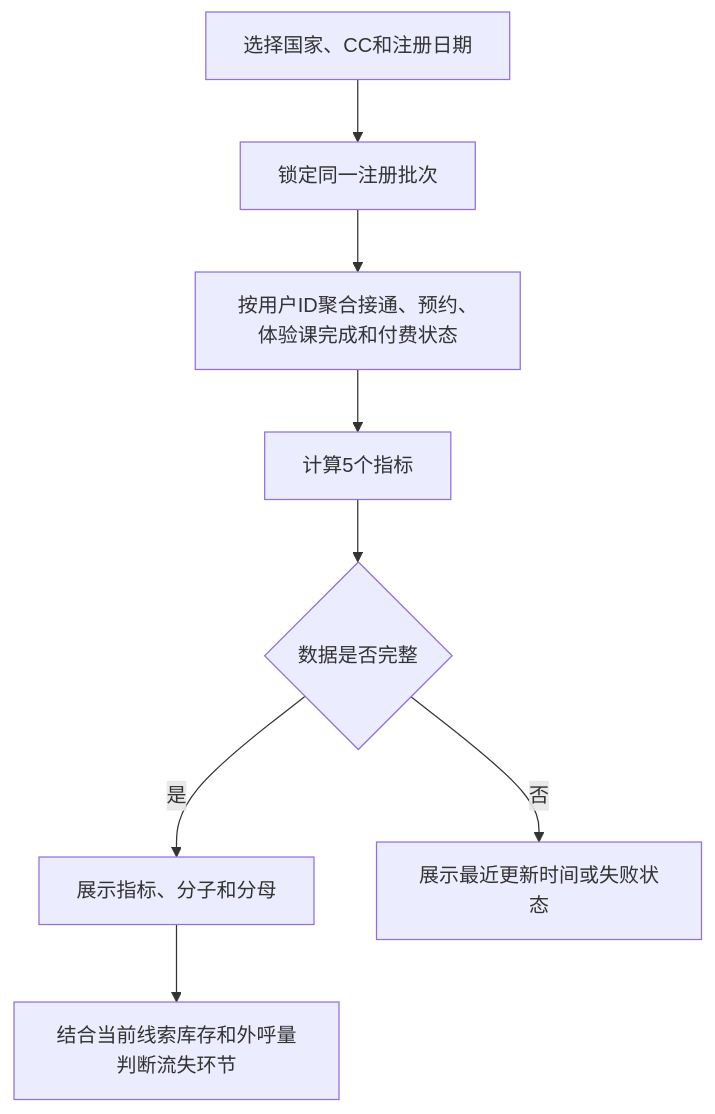
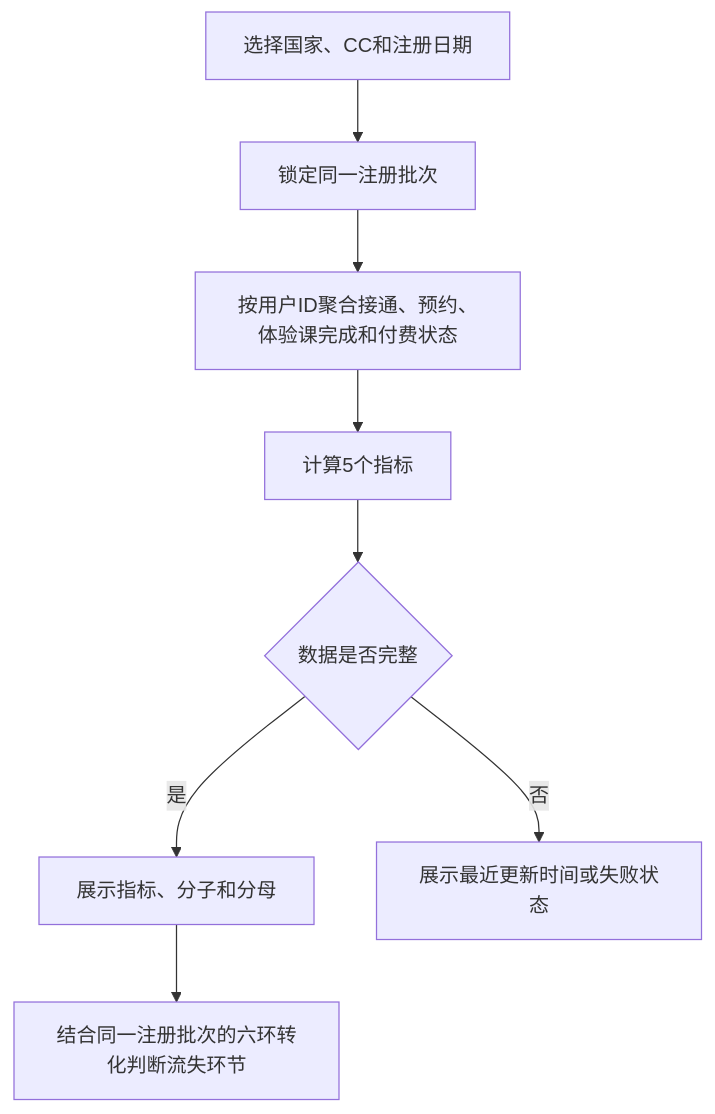
The first of 2 diagrams in projects/follow-up-funnel/PRD.md (h3-ai-lab/hhhprd), drawn with Mermaid before and after one commit. The commit also changed other lines of this file and 2 other files, not shown here.

````diff
--- a/projects/follow-up-funnel/PRD.md
+++ b/projects/follow-up-funnel/PRD.md
@@ -59,10 +59,10 @@
 ```mermaid
 flowchart TD
     A[选择国家、CC和注册日期] --> B[锁定同一注册批次]
     B --> C[按用户ID聚合接通、预约、体验课完成和付费状态]
     C --> D[计算5个指标]
     D --> E{数据是否完整}
     E -->|是| F[展示指标、分子和分母]
     E -->|否| G[展示最近更新时间或失败状态]
-    F --> H[结合当前线索库存和外呼量判断流失环节]
+    F --> H[结合同一注册批次的六环转化判断流失环节]
 ```
````
